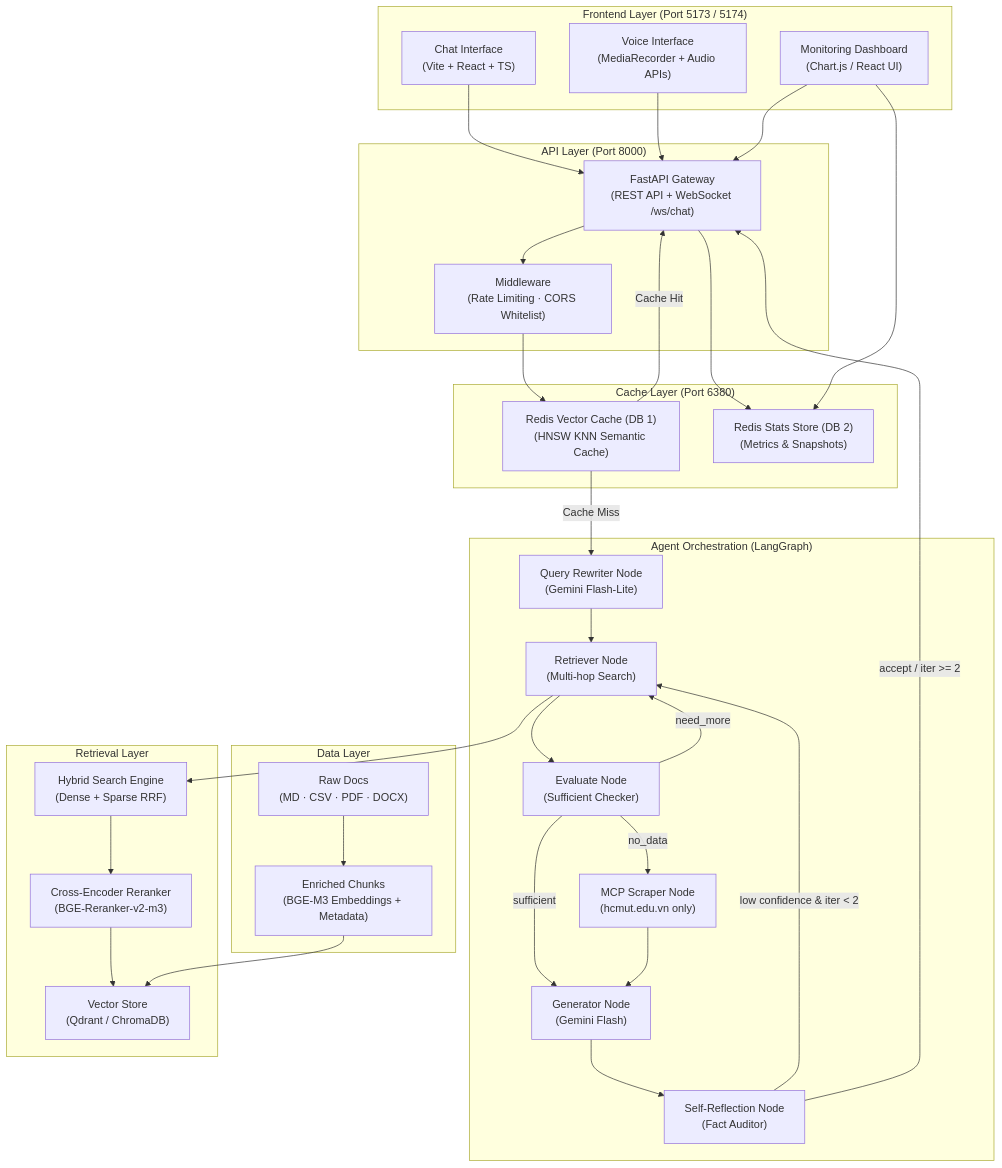
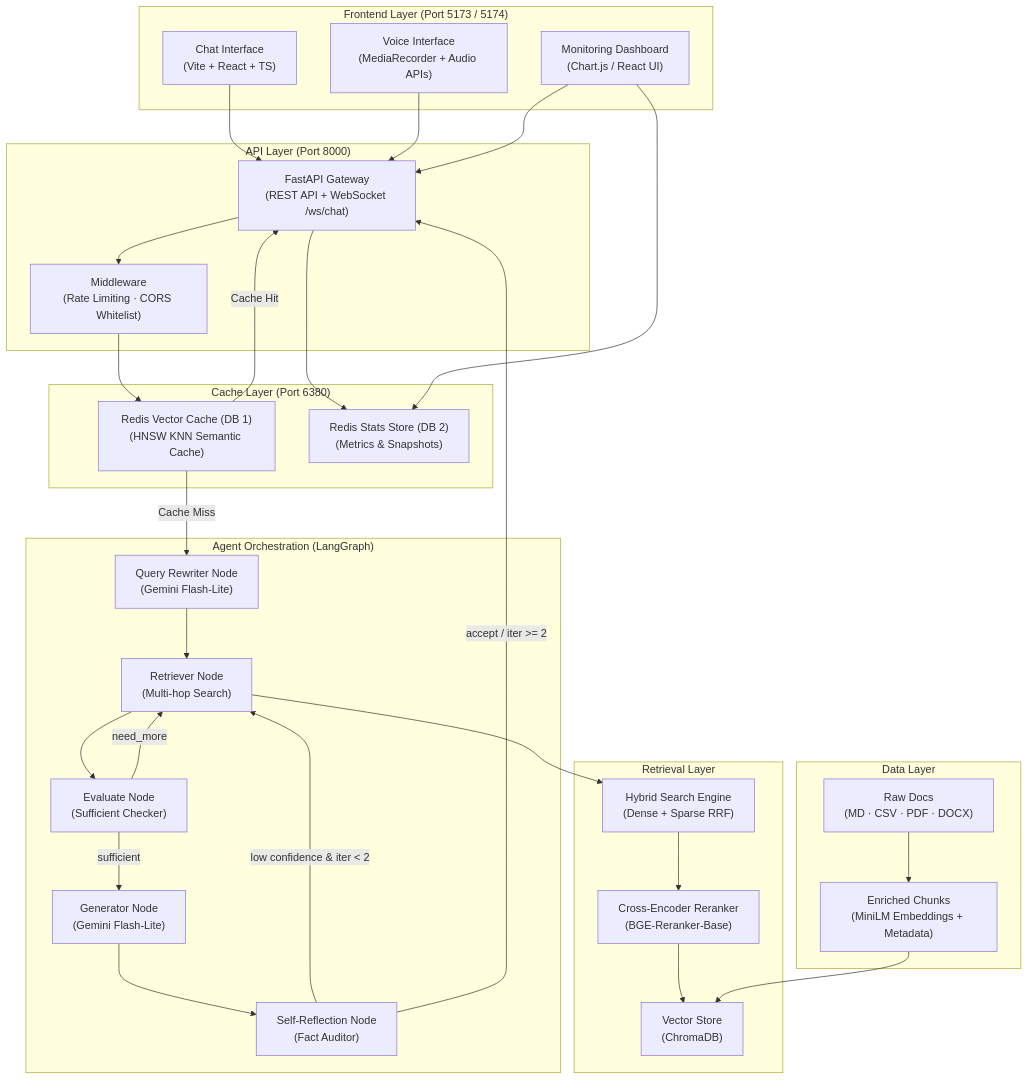
One commit to BennedictQuanTon/BKAi-Admission-System changed the first of 4 diagrams in README.md. Above: the diagram before and after it, drawn with Mermaid. The commit also changed other lines of this file and 19 other files, not shown here.

````diff
--- a/README.md
+++ b/README.md
@@ -47,57 +47,54 @@
 ```mermaid
 graph TB
     subgraph "Frontend Layer (Port 5173 / 5174)"
         UI["Chat Interface<br/>(Vite + React + TS)"]
         VOICE["Voice Interface<br/>(MediaRecorder + Audio APIs)"]
         DASH["Monitoring Dashboard<br/>(Chart.js / React UI)"]
     end
 
     subgraph "API Layer (Port 8000)"
         API["FastAPI Gateway<br/>(REST API + WebSocket /ws/chat)"]
         MW["Middleware<br/>(Rate Limiting · CORS Whitelist)"]
     end
 
     subgraph "Cache Layer (Port 6380)"
         RC["Redis Vector Cache (DB 1)<br/>(HNSW KNN Semantic Cache)"]
         RC2["Redis Stats Store (DB 2)<br/>(Metrics & Snapshots)"]
     end
 
     subgraph "Agent Orchestration (LangGraph)"
         QR["Query Rewriter Node<br/>(Gemini Flash-Lite)"]
         MHR["Retriever Node<br/>(Multi-hop Search)"]
         EVAL["Evaluate Node<br/>(Sufficient Checker)"]
-        MCP["MCP Scraper Node<br/>(hcmut.edu.vn only)"]
-        GEN["Generator Node<br/>(Gemini Flash)"]
+        GEN["Generator Node<br/>(Gemini Flash-Lite)"]
         SRA["Self-Reflection Node<br/>(Fact Auditor)"]
     end
 
     subgraph "Retrieval Layer"
         HS["Hybrid Search Engine<br/>(Dense + Sparse RRF)"]
-        RR["Cross-Encoder Reranker<br/>(BGE-Reranker-v2-m3)"]
-        VEC["Vector Store<br/>(Qdrant / ChromaDB)"]
+        RR["Cross-Encoder Reranker<br/>(BGE-Reranker-Base)"]
+        VEC["Vector Store<br/>(ChromaDB)"]
     end
 
     subgraph "Data Layer"
         RAW["Raw Docs<br/>(MD · CSV · PDF · DOCX)"]
-        PROC["Enriched Chunks<br/>(BGE-M3 Embeddings + Metadata)"]
+        PROC["Enriched Chunks<br/>(MiniLM Embeddings + Metadata)"]
     end
 
     UI --> API
     VOICE --> API
     DASH --> API
     API --> MW --> RC
     RC -->|Cache Hit| API
     RC -->|Cache Miss| QR
     QR --> MHR --> EVAL
     EVAL -->|sufficient| GEN
     EVAL -->|need_more| MHR
-    EVAL -->|no_data| MCP
-    MCP --> GEN
     GEN --> SRA
     SRA -->|low confidence & iter < 2| MHR
     SRA -->|accept / iter >= 2| API
     MHR --> HS --> RR --> VEC
     RAW --> PROC --> VEC
     API --> RC2
     DASH --> RC2
 ```
````
